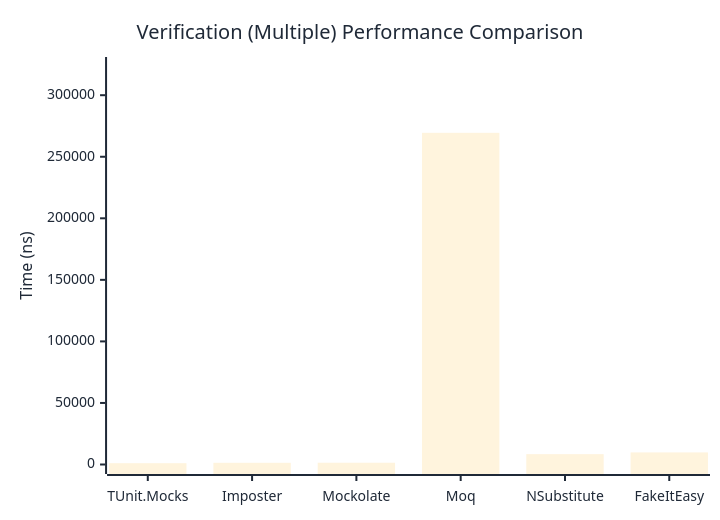
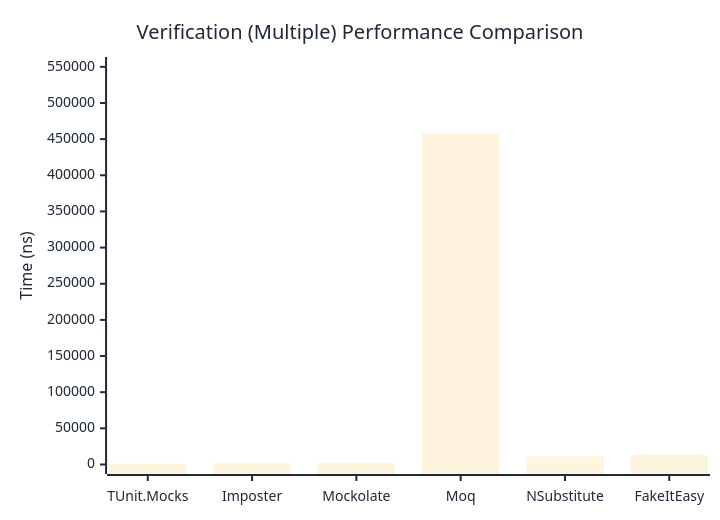
One commit to thomhurst/TUnit changed the third of 3 diagrams in docs/docs/benchmarks/mocks/Verification.md. Above: the diagram before and after it, drawn with Mermaid. The commit also changed other lines of this file and 14 other files, not shown here.

````diff
--- a/docs/docs/benchmarks/mocks/Verification.md
+++ b/docs/docs/benchmarks/mocks/Verification.md
@@ -110,27 +110,27 @@
 ```mermaid
 %%{init: {
   'theme':'base',
   'themeVariables': {
     'primaryColor': '#2563eb',
     'primaryTextColor': '#1f2937',
     'primaryBorderColor': '#1e40af',
     'lineColor': '#6b7280',
     'secondaryColor': '#7c3aed',
     'tertiaryColor': '#dc2626',
     'background': '#ffffff',
     'pie1': '#2563eb',
     'pie2': '#7c3aed',
     'pie3': '#dc2626',
     'pie4': '#f59e0b',
     'pie5': '#10b981',
     'pie6': '#06b6d4',
     'pie7': '#ec4899',
     'pie8': '#6366f1'
   }
 }}%%
 xychart-beta
   title "Verification (Multiple) Performance Comparison"
   x-axis ["TUnit.Mocks", "Imposter", "Mockolate", "Moq", "NSubstitute", "FakeItEasy"]
-  y-axis "Time (ns)" 0 --> 323316
-  bar [1063.28, 1394.43, 1441.08, 269429.84, 8403.31, 9815.35]
+  y-axis "Time (ns)" 0 --> 550460
+  bar [1286.07, 1635.13, 1783.27, 458716.34, 11132.14, 12981.76]
 ```
````
